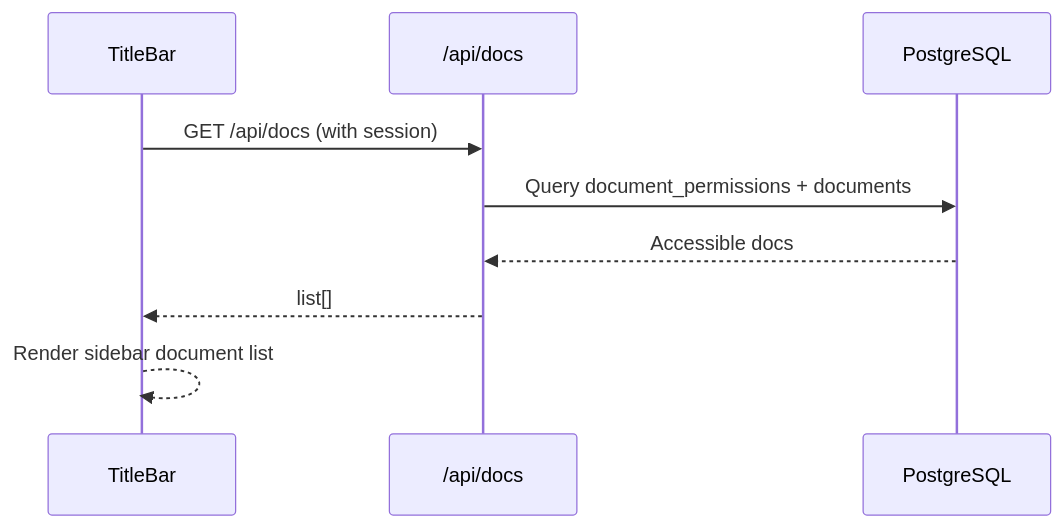
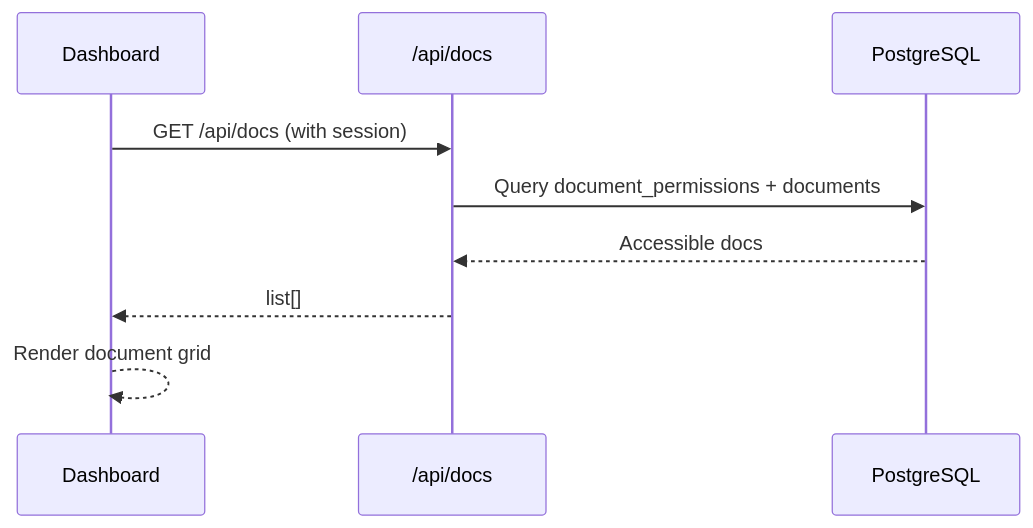
The fifth of 9 diagrams in README.md (Namansingh3264/NexusEditor), drawn with Mermaid before and after one commit. The commit also changed other lines of this file and 12 other files, not shown here.

````diff
--- a/README.md
+++ b/README.md
@@ -243,12 +263,12 @@
 ```mermaid
 sequenceDiagram
-    participant UI as TitleBar
+    participant UI as Dashboard
     participant API as /api/docs
     participant DB as PostgreSQL
 
     UI->>API: GET /api/docs (with session)
     API->>DB: Query document_permissions + documents
     DB-->>API: Accessible docs
     API-->>UI: list[]
-    UI-->>UI: Render sidebar document list
+    UI-->>UI: Render document grid
 ```
````
